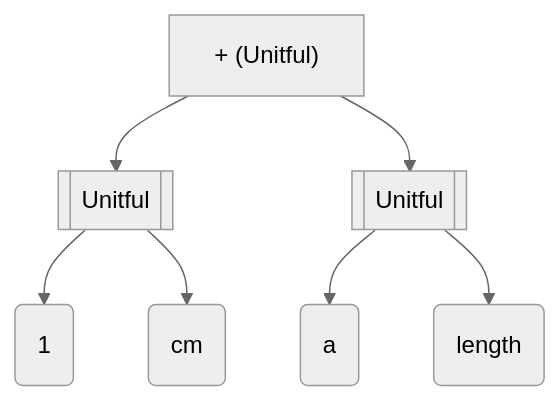
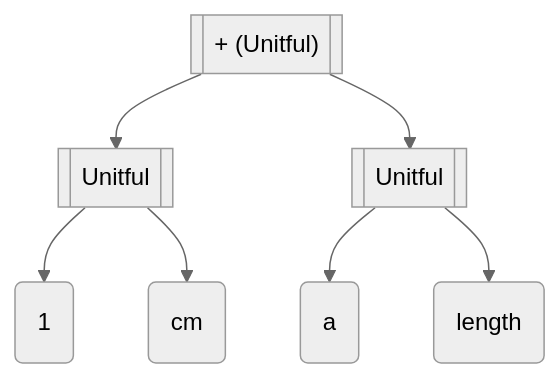
Before and after one commit to SeivenBell/oqd-core: the second of 2 diagrams in docs/units.md, drawn with Mermaid (neutral theme). The commit also changed other lines of this file, not shown here.

````diff
--- a/docs/units.md
+++ b/docs/units.md
@@ -90,21 +58,21 @@
     ```mermaid
     flowchart TB
 
-    add["+ (Unitful)"]
+    add[["+ (Unitful)"]]
 
     num1(1)
     var2(a)
 
     unitful1[[Unitful]]
 
     unitful2[[Unitful]]
 
     unit1(cm)
     dimension2(length)
 
     add --> unitful1 & unitful2
 
     unitful1 --> num1 & unit1
     unitful2 --> var2 & dimension2
 
     ```
````
